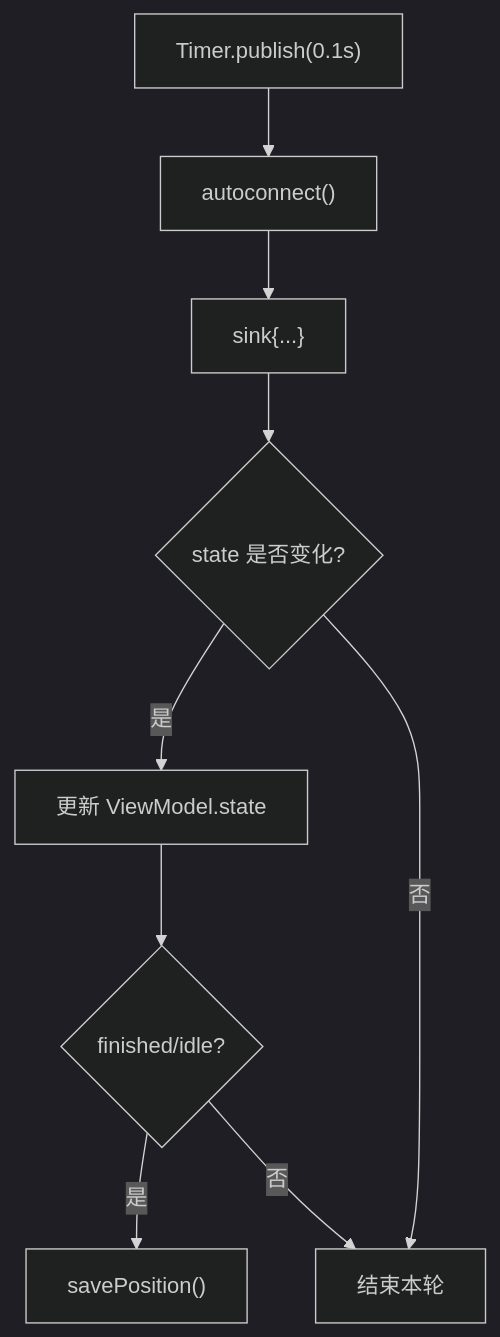
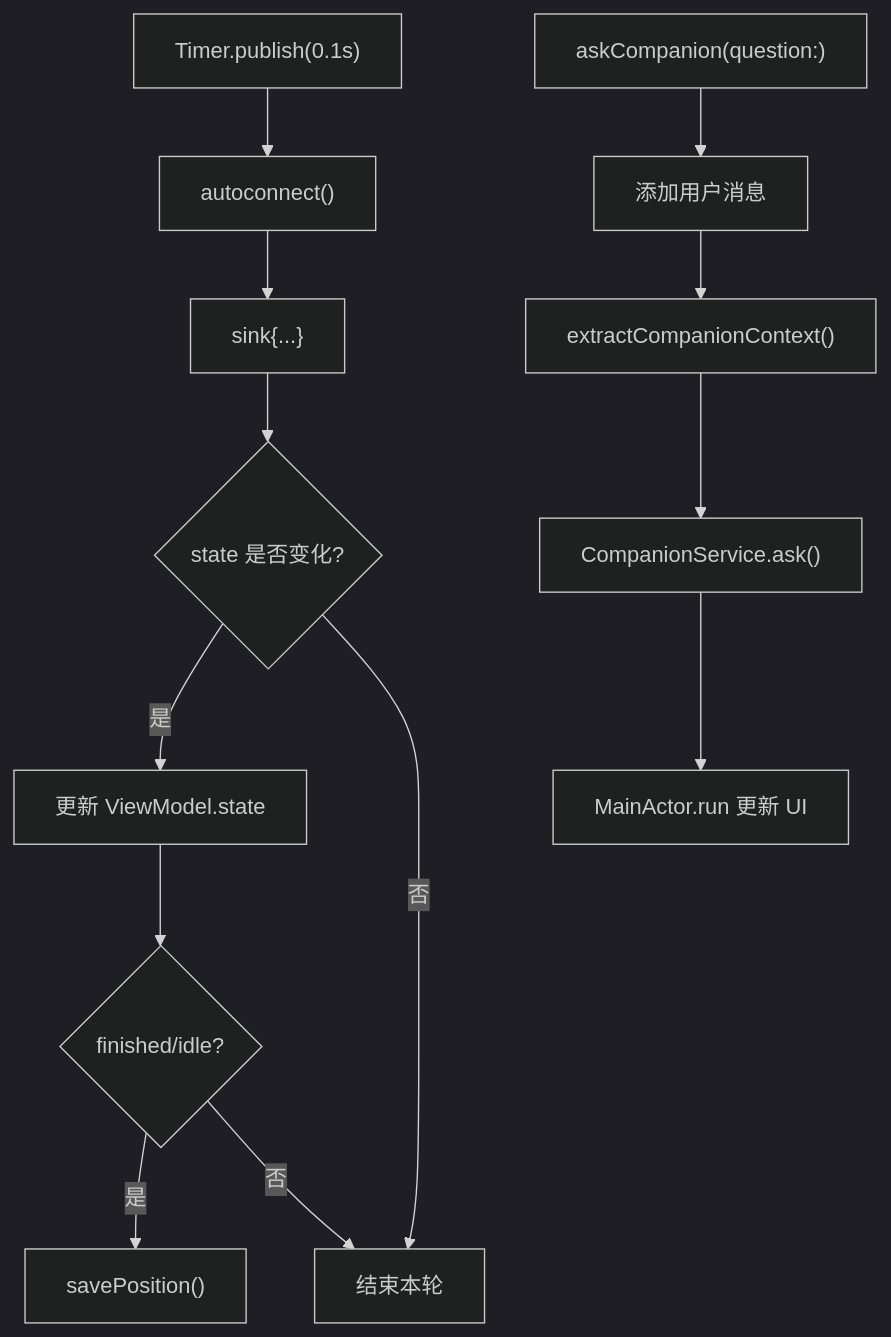
One commit to Primoguo/Knowledge changed the seventh of 11 diagrams in .qoder/repowiki/zh/content/架构设计/状态管理.md. Above: the diagram before and after it, drawn with Mermaid (dark theme). The commit also changed other lines of this file and 32 other files, not shown here.

````diff
--- a/.qoder/repowiki/zh/content/架构设计/状态管理.md
+++ b/.qoder/repowiki/zh/content/架构设计/状态管理.md
@@ -244,11 +324,15 @@
 ```mermaid
 flowchart TD
 TimerPub["Timer.publish(0.1s)"] --> AutoConn["autoconnect()"]
 AutoConn --> Sink["sink{...}"]
 Sink --> Compare{"state 是否变化?"}
 Compare -- 是 --> UpdateVM["更新 ViewModel.state"]
 UpdateVM --> Persist{"finished/idle?"}
 Persist -- 是 --> SavePos["savePosition()"]
 Persist -- 否 --> End1["结束本轮"]
 Compare -- 否 --> End1
+AskCompanion["askCompanion(question:)"] --> AddMsg["添加用户消息"]
+AddMsg --> ExtractCtx["extractCompanionContext()"]
+ExtractCtx --> CallAPI["CompanionService.ask()"]
+CallAPI --> UpdateUI["MainActor.run 更新 UI"]
 ```
````
